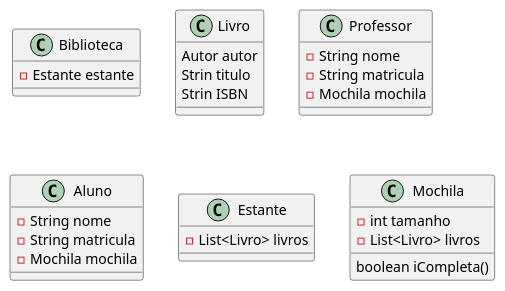
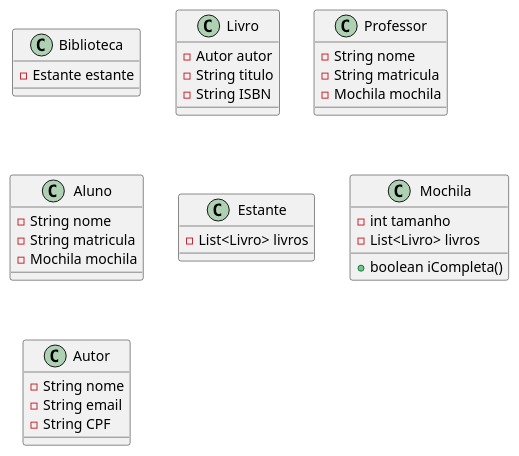
Before and after one commit to 20231-ifba-saj-ads-poo/blog-material-aula: the diagram in posts/exercicios/05_exercicio_emprestimo_livro.md, drawn with PlantUML.

````diff
--- a/posts/exercicios/05_exercicio_emprestimo_livro.md
+++ b/posts/exercicios/05_exercicio_emprestimo_livro.md
@@ -27,31 +27,37 @@
 ```plantuml
 @startuml
 class Biblioteca{    
     - Estante estante
 }
 class Livro{
-    Autor autor
-    Strin titulo
-    Strin ISBN
+    - Autor autor
+    - String titulo
+    - String ISBN
 }
 class Professor{
     - String nome
     - String matricula
     - Mochila mochila
 }
 class Aluno{
     - String nome
     - String matricula
     - Mochila mochila
 }
 class Estante{
     - List<Livro> livros
 }
 class Mochila{
     - int tamanho
     - List<Livro> livros
-    boolean iCompleta()
+    + boolean iCompleta()
+}
+
+class Autor {
+    - String nome
+    - String email
+    - String CPF
 }
 @enduml
 
 ```
````
